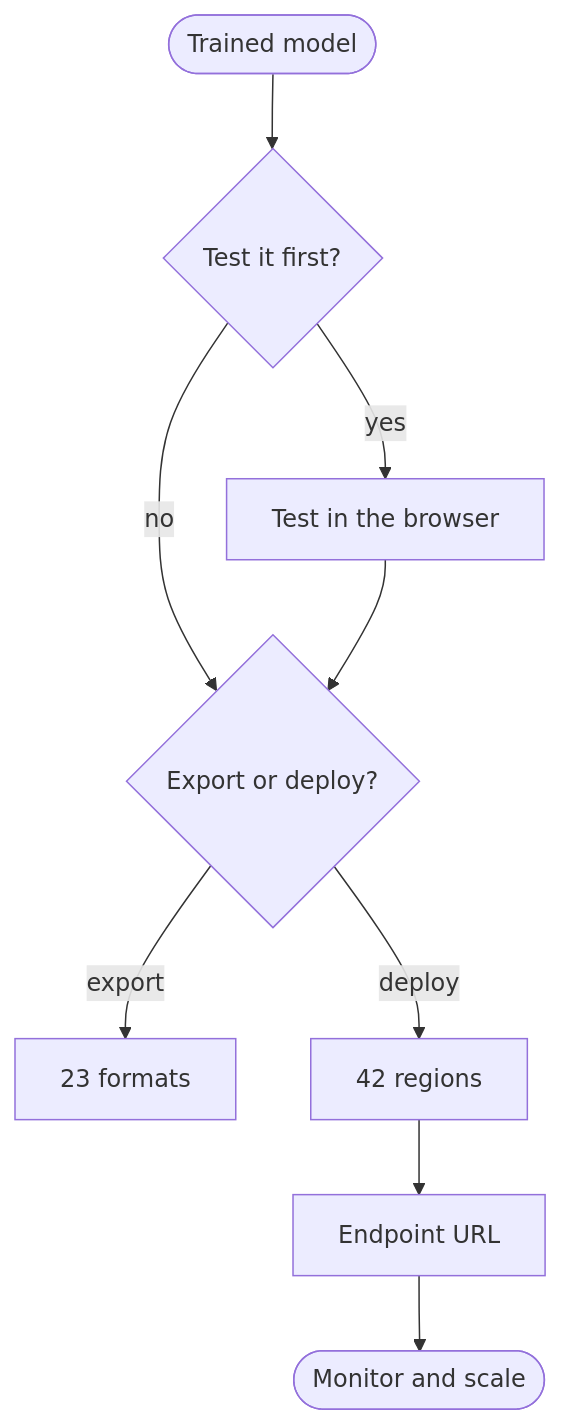
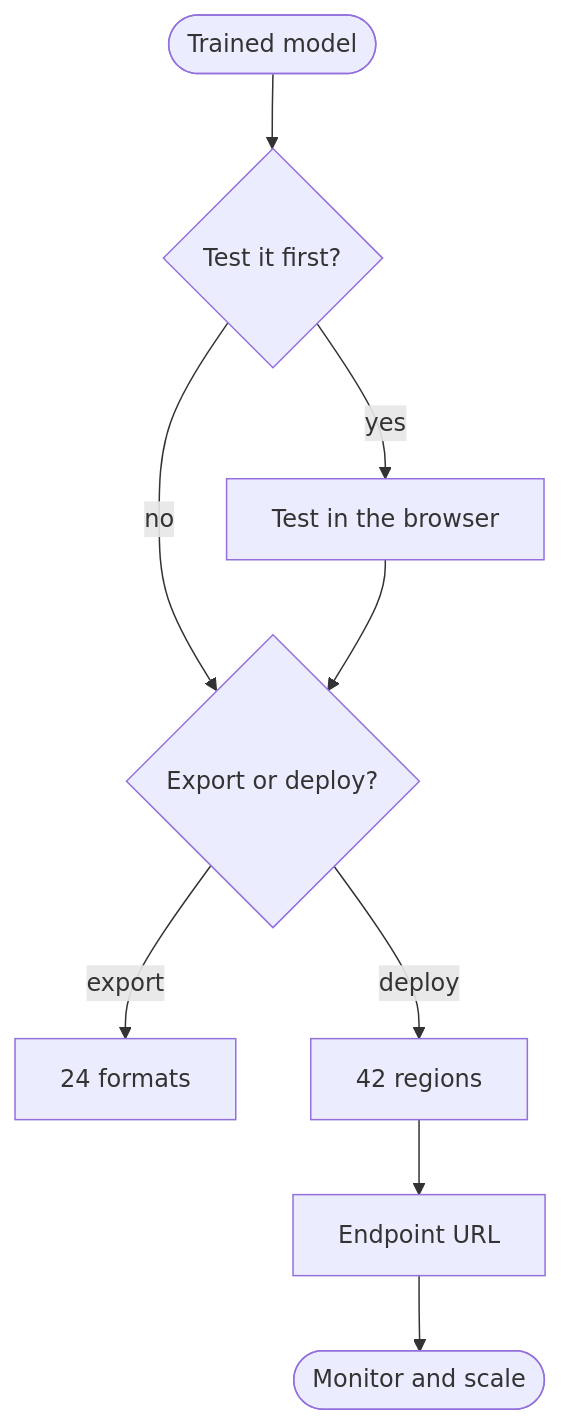
The third of 3 diagrams in docs/en/platform/index.md (ultralytics/ultralytics), drawn with Mermaid before and after one commit. The commit also changed other lines of this file and 11 other files, not shown here.

````diff
--- a/docs/en/platform/index.md
+++ b/docs/en/platform/index.md
@@ -155,11 +155,11 @@
 ```mermaid
 flowchart TD
     A([Trained model]) --> B{Test it first?}
     B -->|yes| C[Test in the browser]
     B -->|no| D{Export or deploy?}
     C --> D
-    D -->|export| E[23 formats]
+    D -->|export| E[24 formats]
     D -->|deploy| F[42 regions]
     F --> G[Endpoint URL]
     G --> H([Monitor and scale])
 ```
````
